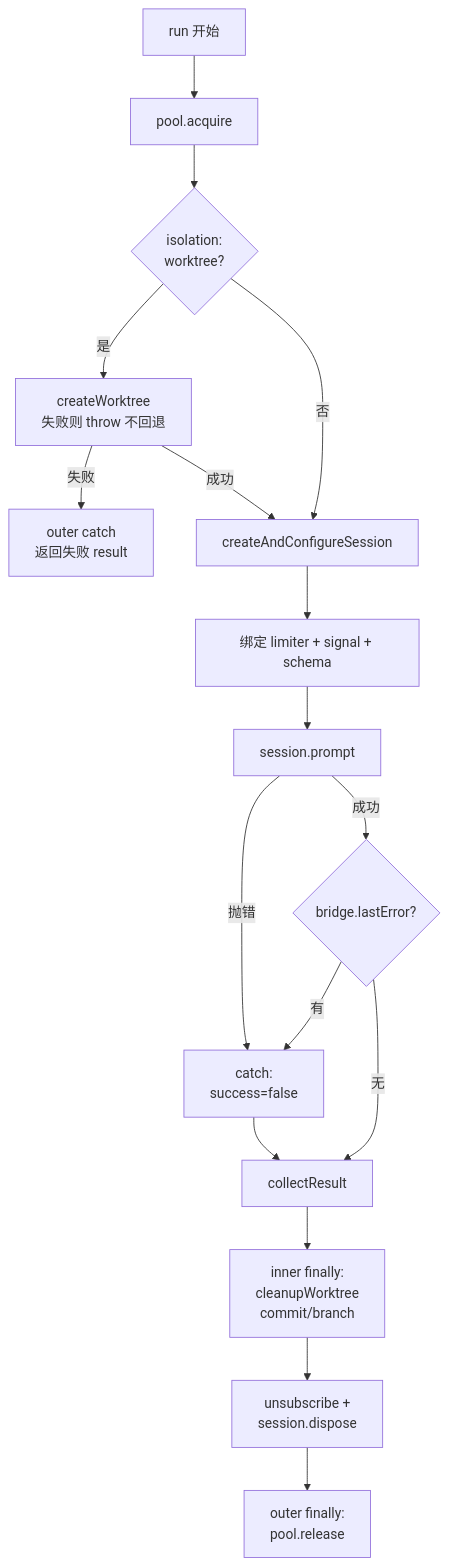
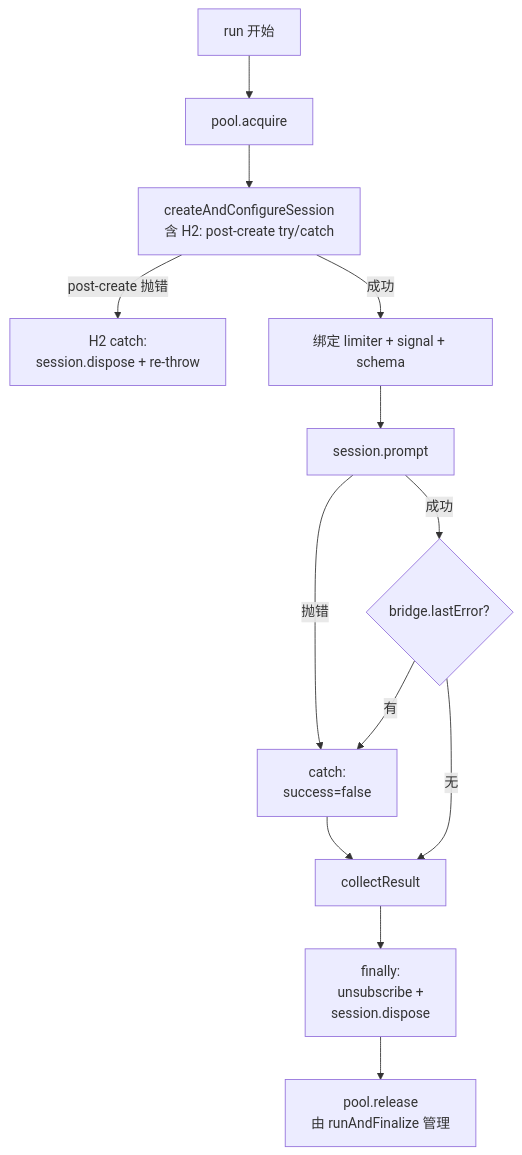
The fourth of 4 diagrams in docs/subagents/session-runner.md (zhushanwen321/xyz-pi-extensions), drawn with Mermaid before and after one commit. The commit also changed other lines of this file and 11 other files, not shown here.

````diff
--- a/docs/subagents/session-runner.md
+++ b/docs/subagents/session-runner.md
@@ -198,19 +197,15 @@
 ```mermaid
 flowchart TD
     Start[run 开始] --> Acq[pool.acquire]
-    Acq --> WT{isolation:<br/>worktree?}
-    WT -->|是| CW[createWorktree<br/>失败则 throw 不回退]
-    WT -->|否| Session[createAndConfigureSession]
-    CW -->|失败| OuterCatch[outer catch<br/>返回失败 result]
-    CW -->|成功| Session
-    Session --> Bind[绑定 limiter + signal + schema]
+    Acq --> Session[createAndConfigureSession<br/>含 H2: post-create try/catch]
+    Session -->|post-create 抛错| H2Catch[H2 catch:<br/>session.dispose + re-throw]
+    Session -->|成功| Bind[绑定 limiter + signal + schema]
     Bind --> Prompt[session.prompt]
     Prompt -->|抛错| InnerCatch[catch:<br/>success=false]
     Prompt -->|成功| CheckErr{bridge.lastError?}
     CheckErr -->|有| InnerCatch
     CheckErr -->|无| Collect[collectResult]
     InnerCatch --> Collect
-    Collect --> CleanupWT[inner finally:<br/>cleanupWorktree<br/>commit/branch]
-    CleanupWT --> Dispose[unsubscribe +<br/>session.dispose]
-    Dispose --> Release[outer finally:<br/>pool.release]
+    Collect --> Dispose[finally:<br/>unsubscribe +<br/>session.dispose]
+    Dispose --> Release[pool.release<br/>由 runAndFinalize 管理]
 ```
````
